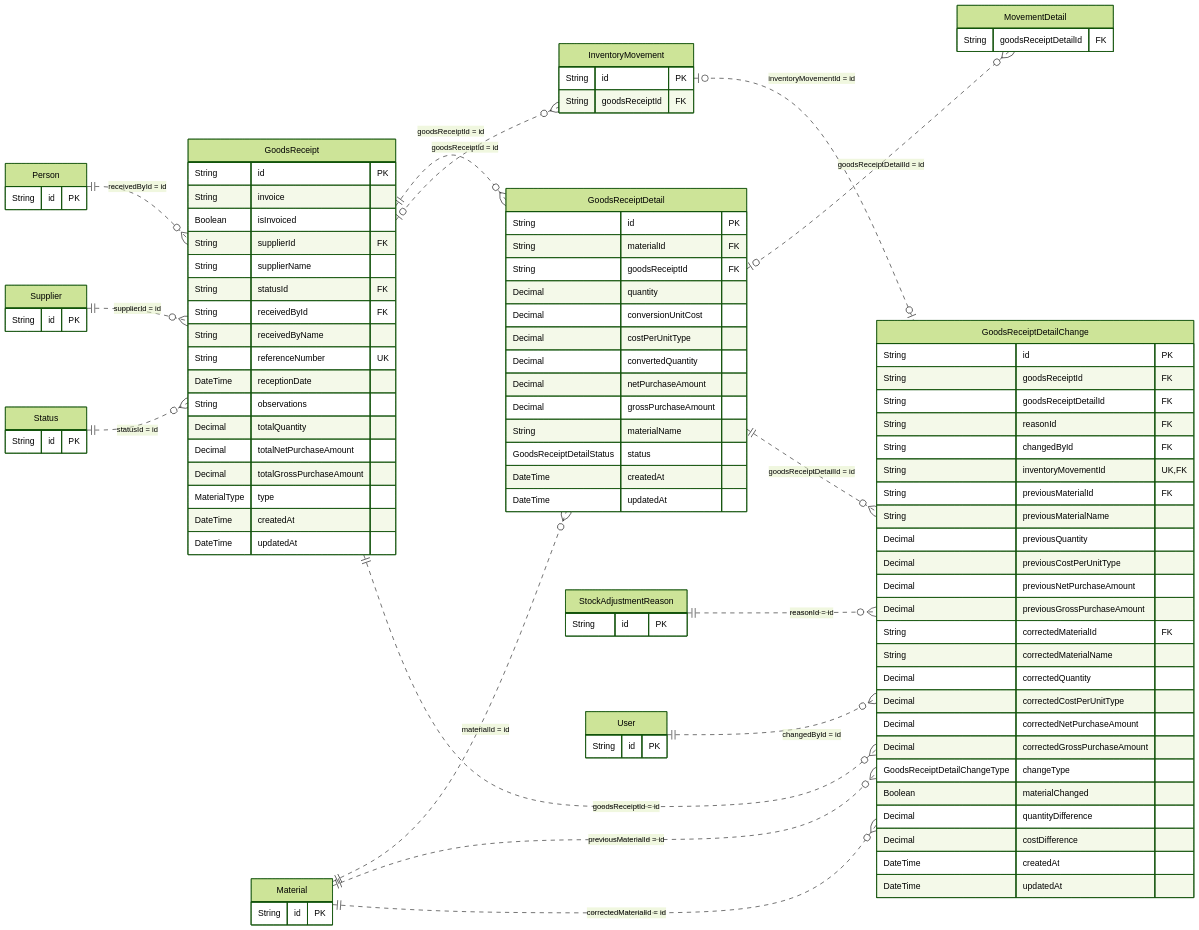
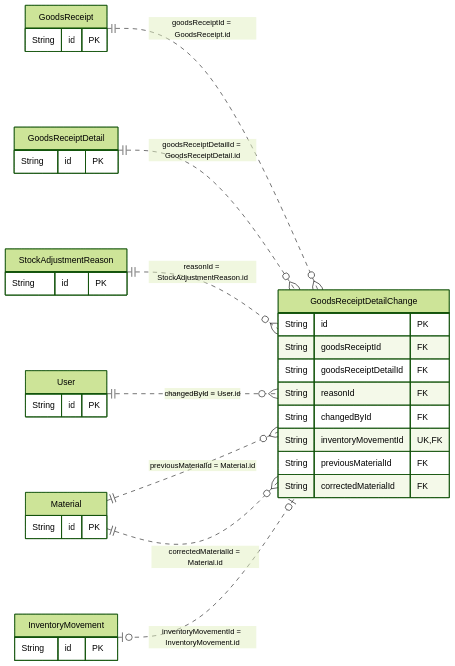
Before and after one commit to gpgsistemas01/nexus: the ninth of 22 diagrams in docs/architecture/views/logical/data-and-persistence/generated/database-schema.md, drawn with Mermaid (forest theme). The commit also changed other lines of this file and 4 other files, not shown here.

Commit message:
docs: simplificar vista lógica y aclarar relaciones del modelo ER

````diff
--- a/docs/architecture/views/logical/data-and-persistence/generated/database-schema.md
+++ b/docs/architecture/views/logical/data-and-persistence/generated/database-schema.md
@@ -413,40 +233,6 @@
 ```mermaid
 erDiagram
     direction LR
-    GoodsReceipt {
-        String id PK
-        String invoice
-        Boolean isInvoiced
-        String supplierId FK
-        String supplierName
-        String statusId FK
-        String receivedById FK
-        String receivedByName
-        String referenceNumber UK
-        DateTime receptionDate
-        String observations
-        Decimal totalQuantity
-        Decimal totalNetPurchaseAmount
-        Decimal totalGrossPurchaseAmount
-        MaterialType type
-        DateTime createdAt
-        DateTime updatedAt
-    }
-    GoodsReceiptDetail {
-        String id PK
-        String materialId FK
-        String goodsReceiptId FK
-        Decimal quantity
-        Decimal conversionUnitCost
-        Decimal costPerUnitType
-        Decimal convertedQuantity
-        Decimal netPurchaseAmount
-        Decimal grossPurchaseAmount
-        String materialName
-        GoodsReceiptDetailStatus status
-        DateTime createdAt
-        DateTime updatedAt
-    }
     GoodsReceiptDetailChange {
         String id PK
         String goodsReceiptId FK
@@ -455,31 +241,18 @@
         String changedById FK
         String inventoryMovementId UK,FK
         String previousMaterialId FK
-        String previousMaterialName
-        Decimal previousQuantity
-        Decimal previousCostPerUnitType
-        Decimal previousNetPurchaseAmount
-        Decimal previousGrossPurchaseAmount
         String correctedMaterialId FK
-        String correctedMaterialName
-        Decimal correctedQuantity
-        Decimal correctedCostPerUnitType
-        Decimal correctedNetPurchaseAmount
-        Decimal correctedGrossPurchaseAmount
-        GoodsReceiptDetailChangeType changeType
-        Boolean materialChanged
-        Decimal quantityDifference
-        Decimal costDifference
-        DateTime createdAt
-        DateTime updatedAt
     }
-    Person {
+    GoodsReceipt {
         String id PK
     }
-    Supplier {
+    GoodsReceiptDetail {
         String id PK
     }
-    Status {
+    StockAdjustmentReason {
+        String id PK
+    }
+    User {
         String id PK
     }
     Material {
@@ -487,29 +260,12 @@
     }
     InventoryMovement {
         String id PK
-        String goodsReceiptId FK
     }
-    MovementDetail {
-        String goodsReceiptDetailId FK
-    }
-    StockAdjustmentReason {
-        String id PK
-    }
-    User {
-        String id PK
-    }
-    Person ||..o{ GoodsReceipt : "receivedById = id"
-    Supplier ||..o{ GoodsReceipt : "supplierId = id"
-    Status ||..o{ GoodsReceipt : "statusId = id"
-    GoodsReceipt ||..o{ GoodsReceiptDetail : "goodsReceiptId = id"
-    Material ||..o{ GoodsReceiptDetail : "materialId = id"
-    GoodsReceipt o|..o{ InventoryMovement : "goodsReceiptId = id"
-    GoodsReceiptDetail o|..o{ MovementDetail : "goodsReceiptDetailId = id"
-    GoodsReceipt ||..o{ GoodsReceiptDetailChange : "goodsReceiptId = id"
-    GoodsReceiptDetail ||..o{ GoodsReceiptDetailChange : "goodsReceiptDetailId = id"
-    StockAdjustmentReason ||..o{ GoodsReceiptDetailChange : "reasonId = id"
-    User ||..o{ GoodsReceiptDetailChange : "changedById = id"
-    Material ||..o{ GoodsReceiptDetailChange : "previousMaterialId = id"
-    Material ||..o{ GoodsReceiptDetailChange : "correctedMaterialId = id"
-    InventoryMovement o|..o| GoodsReceiptDetailChange : "inventoryMovementId = id"
+    GoodsReceipt ||..o{ GoodsReceiptDetailChange : "goodsReceiptId = GoodsReceipt.id"
+    GoodsReceiptDetail ||..o{ GoodsReceiptDetailChange : "goodsReceiptDetailId = GoodsReceiptDetail.id"
+    StockAdjustmentReason ||..o{ GoodsReceiptDetailChange : "reasonId = StockAdjustmentReason.id"
+    User ||..o{ GoodsReceiptDetailChange : "changedById = User.id"
+    Material ||..o{ GoodsReceiptDetailChange : "previousMaterialId = Material.id"
+    Material ||..o{ GoodsReceiptDetailChange : "correctedMaterialId = Material.id"
+    InventoryMovement o|..o| GoodsReceiptDetailChange : "inventoryMovementId = InventoryMovement.id"
 ```
````
